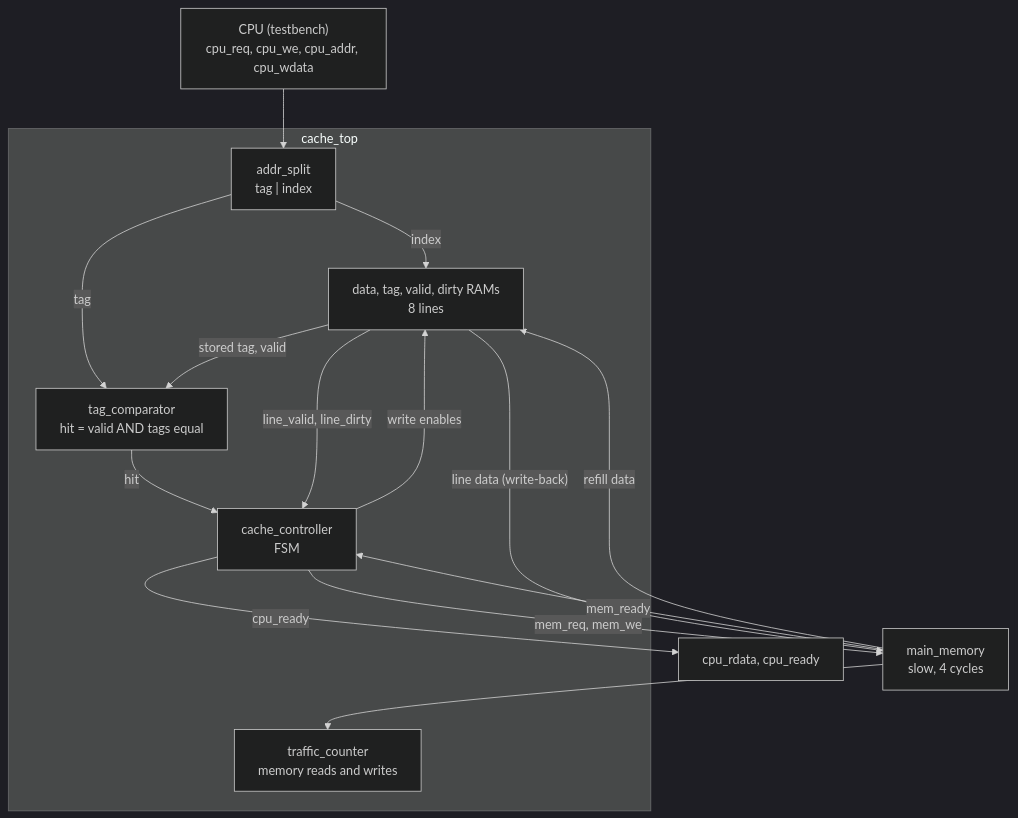
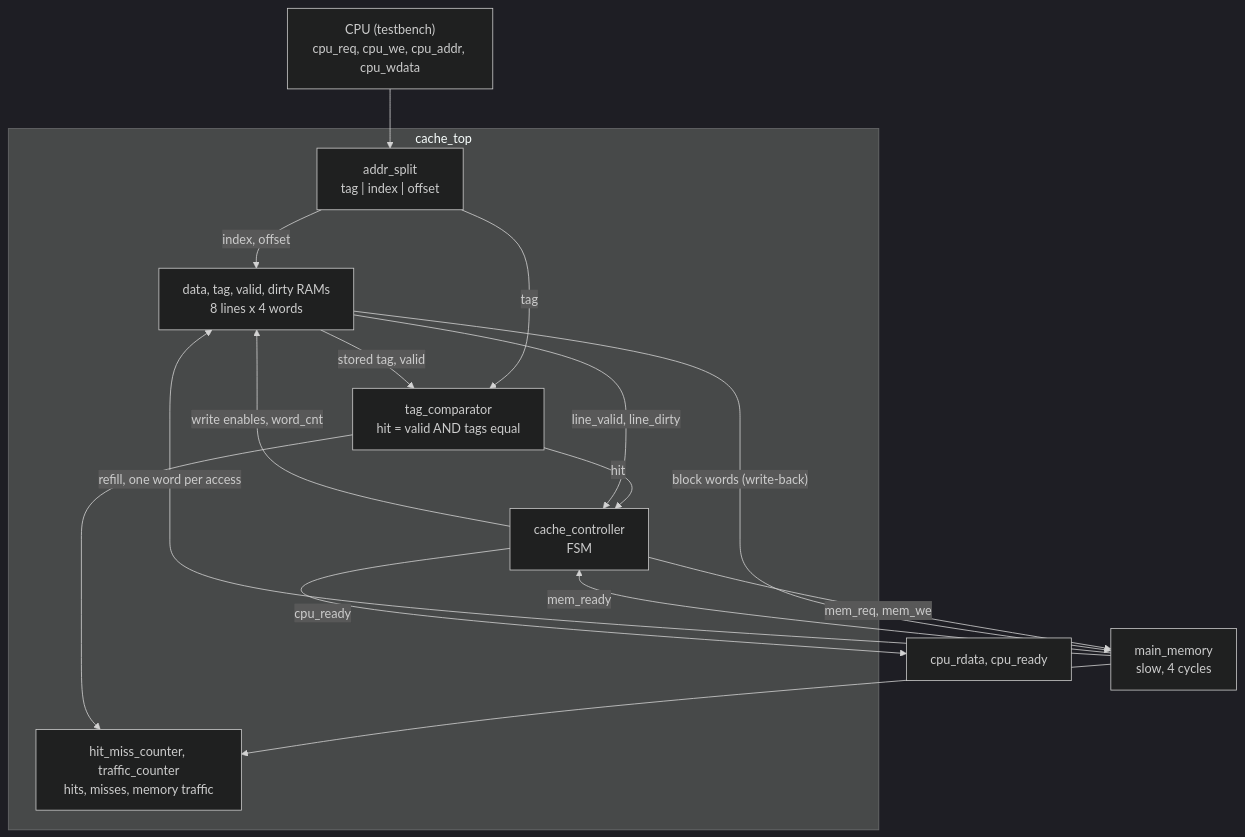
The diagram in README.md (Abhayanthk/direct-mapped-cache-controller), drawn with Mermaid (dark theme) before and after one commit. The commit also changed other lines of this file and 5 other files, not shown here.

````diff
--- a/README.md
+++ b/README.md
@@ -28,23 +28,24 @@
 ```mermaid
 flowchart TD
     CPU["CPU (testbench)<br/>cpu_req, cpu_we, cpu_addr, cpu_wdata"] --> SPLIT
     subgraph TOP["cache_top"]
-        SPLIT["addr_split<br/>tag | index"]
-        RAMS["data, tag, valid, dirty RAMs<br/>8 lines"]
+        SPLIT["addr_split<br/>tag | index | offset"]
+        RAMS["data, tag, valid, dirty RAMs<br/>8 lines x 4 words"]
         CMP["tag_comparator<br/>hit = valid AND tags equal"]
         CTRL["cache_controller<br/>FSM"]
-        CNT["traffic_counter<br/>memory reads and writes"]
+        CNT["hit_miss_counter, traffic_counter<br/>hits, misses, memory traffic"]
     end
-    SPLIT -->|"index"| RAMS
+    SPLIT -->|"index, offset"| RAMS
     SPLIT -->|"tag"| CMP
     RAMS -->|"stored tag, valid"| CMP
     CMP -->|"hit"| CTRL
     RAMS -->|"line_valid, line_dirty"| CTRL
-    CTRL -->|"write enables"| RAMS
+    CTRL -->|"write enables, word_cnt"| RAMS
     CTRL -->|"mem_req, mem_we"| MEM["main_memory<br/>slow, 4 cycles"]
     MEM -->|"mem_ready"| CTRL
-    MEM -->|"refill data"| RAMS
-    RAMS -->|"line data (write-back)"| MEM
+    MEM -->|"refill, one word per access"| RAMS
+    RAMS -->|"block words (write-back)"| MEM
     MEM --> CNT
+    CMP --> CNT
     CTRL -->|"cpu_ready"| OUT["cpu_rdata, cpu_ready"]
 ```
````
